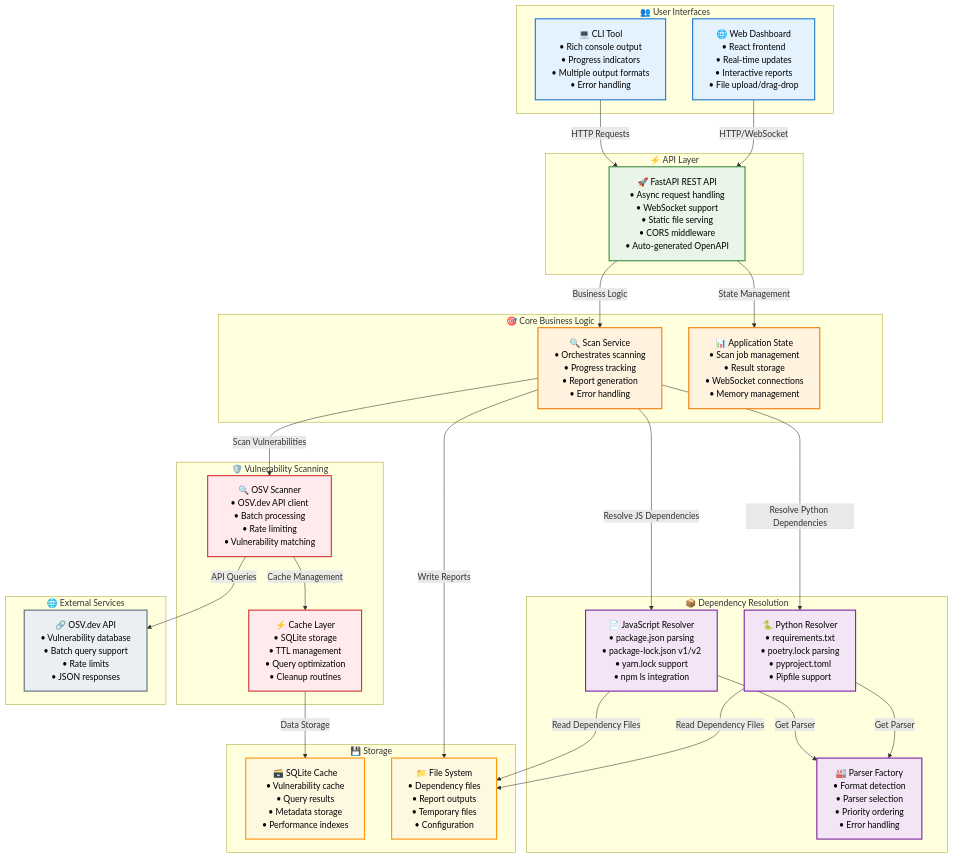
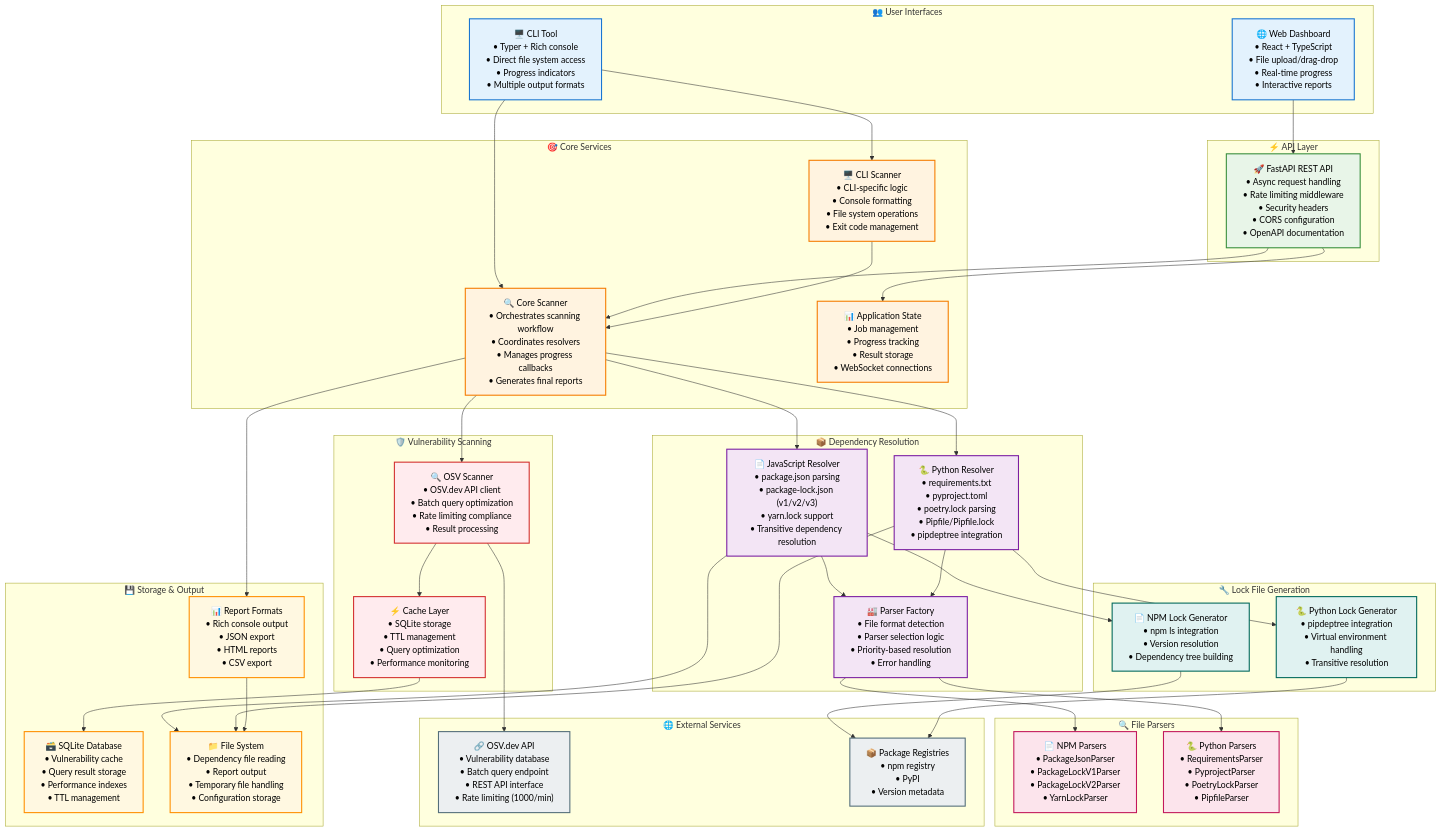
Before and after one commit to therickybobbeh/dep-scanner: the first of 5 diagrams in docs/diagrams/system-architecture.md, drawn with Mermaid. The commit also changed other lines of this file and 49 other files, not shown here.

````diff
--- a/docs/diagrams/system-architecture.md
+++ b/docs/diagrams/system-architecture.md
@@ -3,87 +7,120 @@
 ```mermaid
-flowchart TB
-    %% User Interfaces
-    subgraph UI ["👥 User Interfaces"]
-        CLI["💻 CLI Tool<br/>• Rich console output<br/>• Progress indicators<br/>• Multiple output formats<br/>• Error handling"]
-        WebUI["🌐 Web Dashboard<br/>• React frontend<br/>• Real-time updates<br/>• Interactive reports<br/>• File upload/drag-drop"]
+graph TB
+    subgraph "👥 User Interfaces"
+        CLI["🖥️ CLI Tool<br/>• Typer + Rich console<br/>• Direct file system access<br/>• Progress indicators<br/>• Multiple output formats"]
+        WebUI["🌐 Web Dashboard<br/>• React + TypeScript<br/>• File upload/drag-drop<br/>• Real-time progress<br/>• Interactive reports"]
     end
-
-    %% API Layer
-    subgraph API ["⚡ API Layer"]
-        FastAPI["🚀 FastAPI REST API<br/>• Async request handling<br/>• WebSocket support<br/>• Static file serving<br/>• CORS middleware<br/>• Auto-generated OpenAPI"]
+    
+    subgraph "⚡ API Layer"
+        FastAPI["🚀 FastAPI REST API<br/>• Async request handling<br/>• Rate limiting middleware<br/>• Security headers<br/>• CORS configuration<br/>• OpenAPI documentation"]
     end
-
-    %% Core Business Logic
-    subgraph Core ["🎯 Core Business Logic"]
-        ScanService["🔍 Scan Service<br/>• Orchestrates scanning<br/>• Progress tracking<br/>• Report generation<br/>• Error handling"]
-        AppState["📊 Application State<br/>• Scan job management<br/>• Result storage<br/>• WebSocket connections<br/>• Memory management"]
+    
+    subgraph "🎯 Core Services"
+        CoreScanner["🔍 Core Scanner<br/>• Orchestrates scanning workflow<br/>• Coordinates resolvers<br/>• Manages progress callbacks<br/>• Generates final reports"]
+        
+        AppState["📊 Application State<br/>• Job management<br/>• Progress tracking<br/>• Result storage<br/>• WebSocket connections"]
+        
+        CLIScanner["🖥️ CLI Scanner<br/>• CLI-specific logic<br/>• Console formatting<br/>• File system operations<br/>• Exit code management"]
     end
-
-    %% Dependency Resolution
-    subgraph Resolvers ["📦 Dependency Resolution"]
-        JSResolver["📄 JavaScript Resolver<br/>• package.json parsing<br/>• package-lock.json v1/v2<br/>• yarn.lock support<br/>• npm ls integration"]
-        PyResolver["🐍 Python Resolver<br/>• requirements.txt<br/>• poetry.lock parsing<br/>• pyproject.toml<br/>• Pipfile support"]
-        ParserFactory["🏭 Parser Factory<br/>• Format detection<br/>• Parser selection<br/>• Priority ordering<br/>• Error handling"]
+    
+    subgraph "📦 Dependency Resolution"
+        JSResolver["📄 JavaScript Resolver<br/>• package.json parsing<br/>• package-lock.json (v1/v2/v3)<br/>• yarn.lock support<br/>• Transitive dependency resolution"]
+        
+        PyResolver["🐍 Python Resolver<br/>• requirements.txt<br/>• pyproject.toml<br/>• poetry.lock parsing<br/>• Pipfile/Pipfile.lock<br/>• pipdeptree integration"]
+        
+        ParserFactory["🏭 Parser Factory<br/>• File format detection<br/>• Parser selection logic<br/>• Priority-based resolution<br/>• Error handling"]
     end
-
-    %% Vulnerability Scanning
-    subgraph Scanner ["🛡️ Vulnerability Scanning"]
-        OSVScanner["🔍 OSV Scanner<br/>• OSV.dev API client<br/>• Batch processing<br/>• Rate limiting<br/>• Vulnerability matching"]
-        CacheLayer["⚡ Cache Layer<br/>• SQLite storage<br/>• TTL management<br/>• Query optimization<br/>• Cleanup routines"]
+    
+    subgraph "🔍 File Parsers"
+        NPMParsers["📄 NPM Parsers<br/>• PackageJsonParser<br/>• PackageLockV1Parser<br/>• PackageLockV2Parser<br/>• YarnLockParser"]
+        
+        PythonParsers["🐍 Python Parsers<br/>• RequirementsParser<br/>• PyprojectParser<br/>• PoetryLockParser<br/>• PipfileParser"]
     end
-
-    %% External Services
-    subgraph External ["🌐 External Services"]
-        OSVApi["🔗 OSV.dev API<br/>• Vulnerability database<br/>• Batch query support<br/>• Rate limits<br/>• JSON responses"]
+    
+    subgraph "🛡️ Vulnerability Scanning"
+        OSVScanner["🔍 OSV Scanner<br/>• OSV.dev API client<br/>• Batch query optimization<br/>• Rate limiting compliance<br/>• Result processing"]
+        
+        CacheLayer["⚡ Cache Layer<br/>• SQLite storage<br/>• TTL management<br/>• Query optimization<br/>• Performance monitoring"]
     end
-
-    %% Storage
-    subgraph Storage ["💾 Storage"]
-        SQLiteCache["🗃️ SQLite Cache<br/>• Vulnerability cache<br/>• Query results<br/>• Metadata storage<br/>• Performance indexes"]
-        FileSystem["📁 File System<br/>• Dependency files<br/>• Report outputs<br/>• Temporary files<br/>• Configuration"]
+    
+    subgraph "🔧 Lock File Generation"
+        NpmGenerator["📄 NPM Lock Generator<br/>• npm ls integration<br/>• Version resolution<br/>• Dependency tree building"]
+        
+        PythonGenerator["🐍 Python Lock Generator<br/>• pipdeptree integration<br/>• Virtual environment handling<br/>• Transitive resolution"]
+    end
+    
+    subgraph "🌐 External Services"
+        OSVApi["🔗 OSV.dev API<br/>• Vulnerability database<br/>• Batch query endpoint<br/>• REST API interface<br/>• Rate limiting (1000/min)"]
+        
+        PackageRegistries["📦 Package Registries<br/>• npm registry<br/>• PyPI<br/>• Version metadata"]
+    end
+    
+    subgraph "💾 Storage & Output"
+        SQLiteDB["🗃️ SQLite Database<br/>• Vulnerability cache<br/>• Query result storage<br/>• Performance indexes<br/>• TTL management"]
+        
+        FileSystem["📁 File System<br/>• Dependency file reading<br/>• Report output<br/>• Temporary file handling<br/>• Configuration storage"]
+        
+        Reports["📊 Report Formats<br/>• Rich console output<br/>• JSON export<br/>• HTML reports<br/>• CSV export"]
     end
 
     %% User Interface Connections
-    CLI -->|HTTP Requests| FastAPI
-    WebUI -->|HTTP/WebSocket| FastAPI
-
+    CLI --> CLIScanner
+    CLI --> CoreScanner
+    WebUI --> FastAPI
+    
     %% API Layer Connections
-    FastAPI -->|Business Logic| ScanService
-    FastAPI -->|State Management| AppState
-
-    %% Core Logic Connections
-    ScanService -->|Resolve JS Dependencies| JSResolver
-    ScanService -->|Resolve Python Dependencies| PyResolver
-    ScanService -->|Scan Vulnerabilities| OSVScanner
-
+    FastAPI --> CoreScanner
+    FastAPI --> AppState
+    
+    %% Core Service Connections
+    CoreScanner --> JSResolver
+    CoreScanner --> PyResolver
+    CoreScanner --> OSVScanner
+    CLIScanner --> CoreScanner
+    
     %% Resolver Connections
-    JSResolver -->|Get Parser| ParserFactory
-    PyResolver -->|Get Parser| ParserFactory
-
+    JSResolver --> ParserFactory
+    PyResolver --> ParserFactory
+    JSResolver --> NpmGenerator
+    PyResolver --> PythonGenerator
+    
+    %% Parser Factory Connections
+    ParserFactory --> NPMParsers
+    ParserFactory --> PythonParsers
+    
     %% Scanner Connections
-    OSVScanner -->|Cache Management| CacheLayer
-    OSVScanner -->|API Queries| OSVApi
-    CacheLayer -->|Data Storage| SQLiteCache
-
+    OSVScanner --> CacheLayer
+    OSVScanner --> OSVApi
+    
     %% Storage Connections
-    JSResolver -->|Read Dependency Files| FileSystem
-    PyResolver -->|Read Dependency Files| FileSystem
-    ScanService -->|Write Reports| FileSystem
+    CacheLayer --> SQLiteDB
+    JSResolver --> FileSystem
+    PyResolver --> FileSystem
+    CoreScanner --> Reports
+    Reports --> FileSystem
+    
+    %% External Connections
+    NpmGenerator --> PackageRegistries
+    PythonGenerator --> PackageRegistries
 
     %% Styling
     classDef userInterface fill:#E3F2FD,stroke:#1976D2,stroke-width:2px,color:#000
     classDef apiLayer fill:#E8F5E8,stroke:#388E3C,stroke-width:2px,color:#000
-    classDef coreLogic fill:#FFF3E0,stroke:#F57C00,stroke-width:2px,color:#000
+    classDef coreService fill:#FFF3E0,stroke:#F57C00,stroke-width:2px,color:#000
     classDef resolverLayer fill:#F3E5F5,stroke:#7B1FA2,stroke-width:2px,color:#000
+    classDef parserLayer fill:#FCE4EC,stroke:#C2185B,stroke-width:2px,color:#000
     classDef scannerLayer fill:#FFEBEE,stroke:#D32F2F,stroke-width:2px,color:#000
+    classDef generatorLayer fill:#E0F2F1,stroke:#00695C,stroke-width:2px,color:#000
     classDef external fill:#ECEFF1,stroke:#546E7A,stroke-width:2px,color:#000
     classDef storage fill:#FFF8E1,stroke:#FF8F00,stroke-width:2px,color:#000
 
     class CLI,WebUI userInterface
     class FastAPI apiLayer
-    class ScanService,AppState coreLogic
+    class CoreScanner,AppState,CLIScanner coreService
     class JSResolver,PyResolver,ParserFactory resolverLayer
+    class NPMParsers,PythonParsers parserLayer
     class OSVScanner,CacheLayer scannerLayer
-    class OSVApi external
-    class SQLiteCache,FileSystem storage
+    class NpmGenerator,PythonGenerator generatorLayer
+    class OSVApi,PackageRegistries external
+    class SQLiteDB,FileSystem,Reports storage
 ```
````
